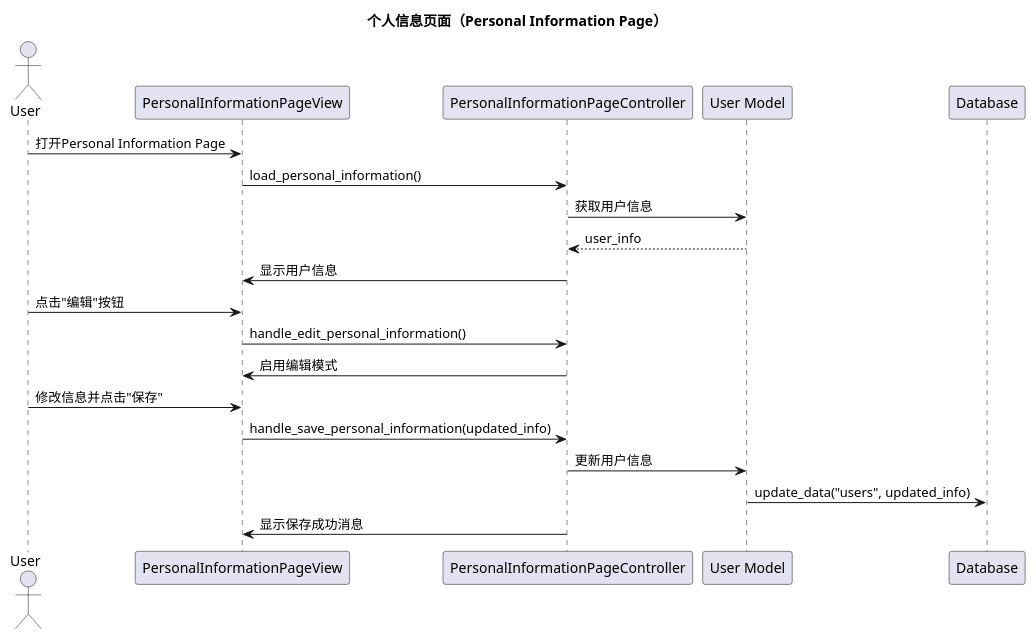
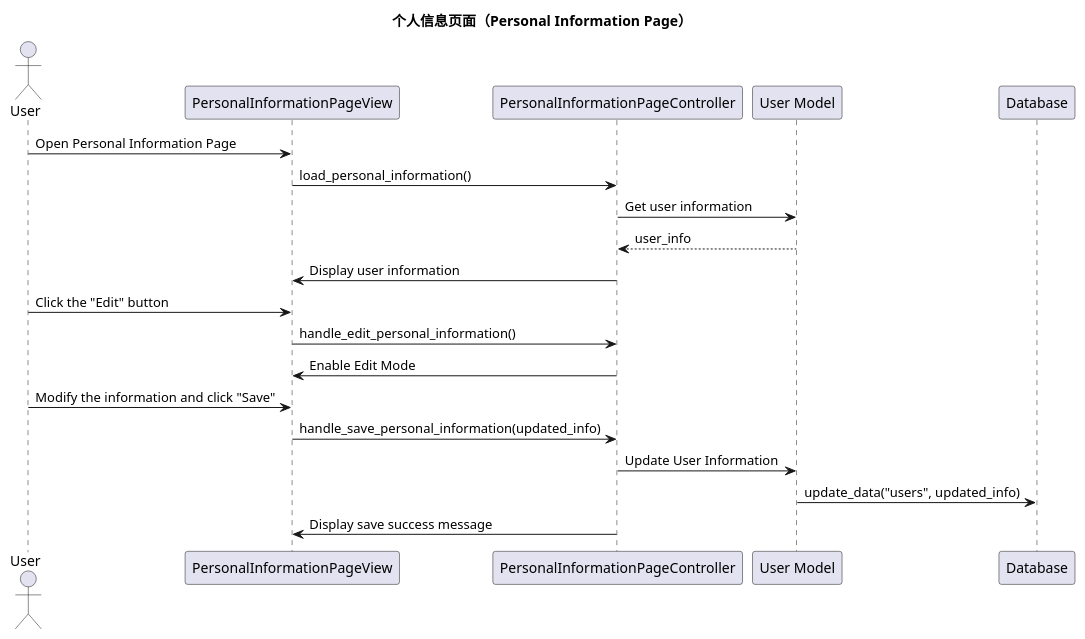
One commit to violeteye1234/group23_COMPS350F changed the eighth of 16 diagrams in planing/class_diagrams.md. Above: the diagram before and after it, drawn with PlantUML. The commit also changed other lines of this file and 45 other files, not shown here.

````diff
--- a/planing/class_diagrams.md
+++ b/planing/class_diagrams.md
@@ -257,25 +257,25 @@
 ```plantuml
 @startuml
 title 个人信息页面（Personal Information Page）
 
 actor User
 participant "PersonalInformationPageView" as View
 participant "PersonalInformationPageController" as Controller
 participant "User Model" as UserModel
 participant "Database" as DB
 
-User -> View: 打开Personal Information Page
+User -> View: Open Personal Information Page
 View -> Controller: load_personal_information()
-Controller -> UserModel: 获取用户信息
+Controller -> UserModel: Get user information
 UserModel --> Controller: user_info
-Controller -> View: 显示用户信息
-User -> View: 点击"编辑"按钮
+Controller -> View: Display user information
+User -> View: Click the "Edit" button
 View -> Controller: handle_edit_personal_information()
-Controller -> View: 启用编辑模式
-User -> View: 修改信息并点击"保存"
+Controller -> View: Enable Edit Mode
+User -> View: Modify the information and click "Save"
 View -> Controller: handle_save_personal_information(updated_info)
-Controller -> UserModel: 更新用户信息
+Controller -> UserModel: Update User Information
 UserModel -> DB: update_data("users", updated_info)
-Controller -> View: 显示保存成功消息
+Controller -> View: Display save success message
 @enduml
 ```
````
